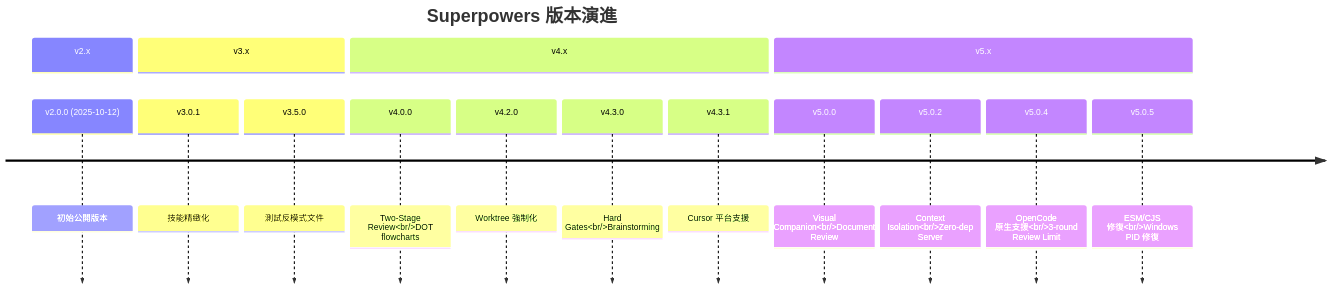
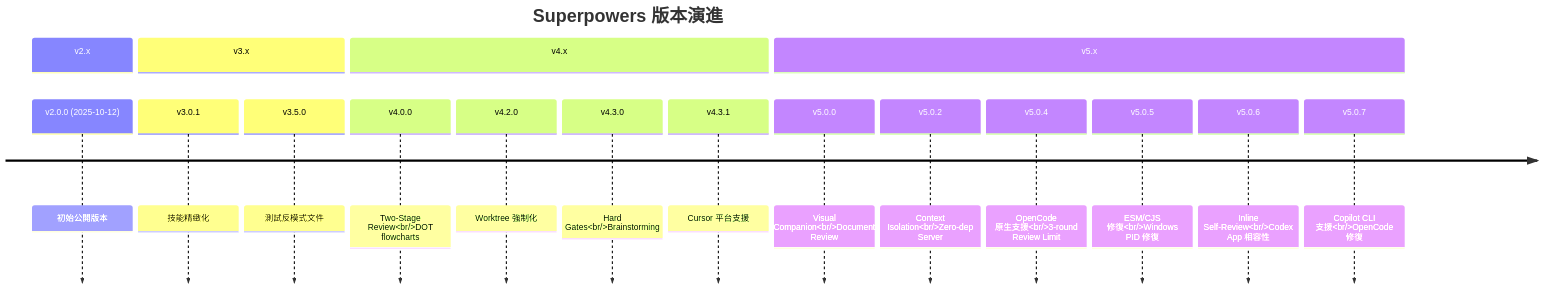
Diagram 29 of 43 in content/posts/教學/AI開發/Superpowers教學手冊.md (chihhung/Blog), drawn with Mermaid before and after one commit. The commit also changed other lines of this file, not shown here.

````diff
--- a/content/posts/教學/AI開發/Superpowers教學手冊.md
+++ b/content/posts/教學/AI開發/Superpowers教學手冊.md
@@ -3484,19 +3555,21 @@
 ```mermaid
 timeline
     title Superpowers 版本演進
     section v2.x
         v2.0.0 (2025-10-12) : 初始公開版本
     section v3.x
         v3.0.1 : 技能精緻化
         v3.5.0 : 測試反模式文件
     section v4.x
         v4.0.0 : Two-Stage Review<br/>DOT flowcharts
         v4.2.0 : Worktree 強制化
         v4.3.0 : Hard Gates<br/>Brainstorming
         v4.3.1 : Cursor 平台支援
     section v5.x
         v5.0.0 : Visual Companion<br/>Document Review
         v5.0.2 : Context Isolation<br/>Zero-dep Server
         v5.0.4 : OpenCode 原生支援<br/>3-round Review Limit
         v5.0.5 : ESM/CJS 修復<br/>Windows PID 修復
+        v5.0.6 : Inline Self-Review<br/>Codex App 相容性
+        v5.0.7 : Copilot CLI 支援<br/>OpenCode 修復
 ```
````
